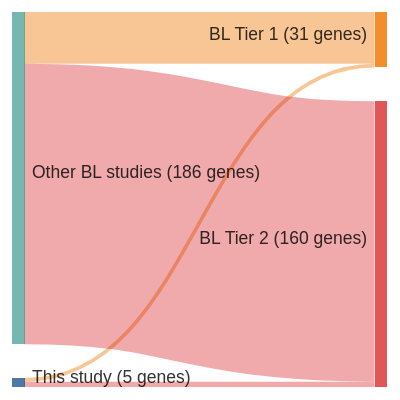
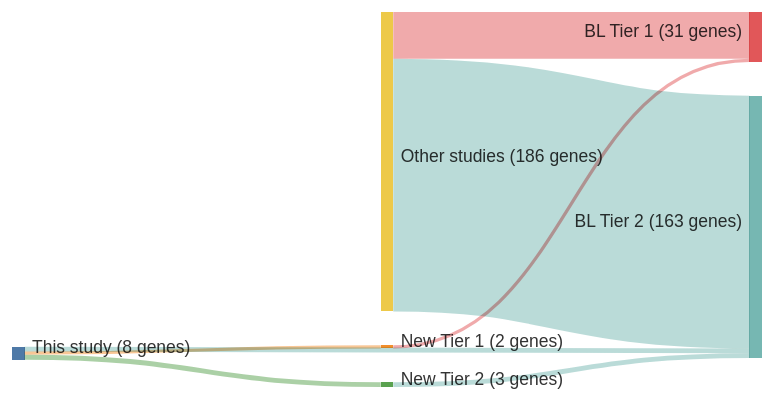
One commit to morinlab/lymphopedia changed the diagram in papers/thomasGeneticSubgroupsInform2023.md. Above: the diagram before and after it, drawn with Mermaid. The commit also changed 82 other files, not shown here.

````diff
--- a/papers/thomasGeneticSubgroupsInform2023.md
+++ b/papers/thomasGeneticSubgroupsInform2023.md
@@ -12,18 +12,21 @@
 ```mermaid
 ---
 config:
     sankey:
         showValues: true
         linkColor: target
-        width: 300
+        width: 600
         height: 300
         nodeAlignment: right
         prefix: '('
         suffix: ' genes)'
 ---
 sankey-beta
-This study, BL Tier 1, 2
+This study, New Tier 1, 2
+New Tier 1, BL Tier 1, 2
 This study, BL Tier 2, 3
-Other BL studies, BL Tier 1, 29
-Other BL studies, BL Tier 2, 157
+This study, New Tier 2, 3
+New Tier 2, BL Tier 2, 3
+Other studies, BL Tier 1, 29
+Other studies, BL Tier 2, 157
 ```
````
